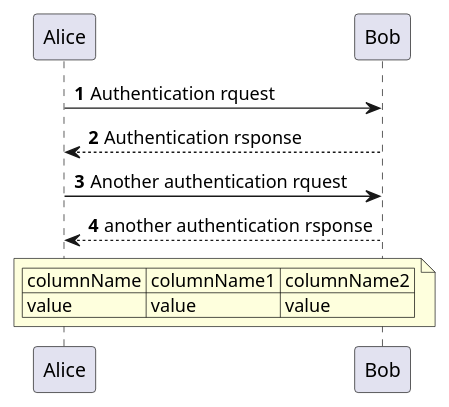
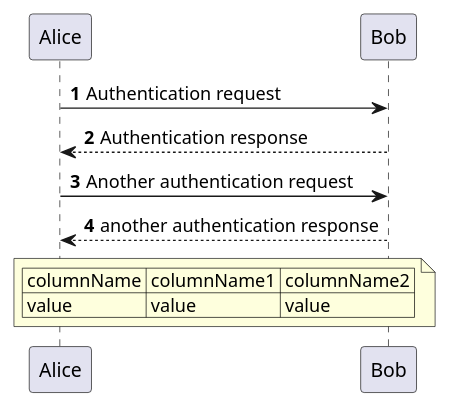
One commit to leraRadicovich/plantUML_Lib changed the diagram in SEQUENCE/LibraryDocumentation/examples/AsIs.puml. Above: the diagram before and after it, drawn with PlantUML. The commit also changed 7 other files, not shown here.

```diff
--- a/SEQUENCE/LibraryDocumentation/examples/AsIs.puml
+++ b/SEQUENCE/LibraryDocumentation/examples/AsIs.puml
@@ -1,11 +1,11 @@
 @startuml
 autonumber
-Alice -> Bob: Authentication rquest
-Bob --> Alice: Authentication rsponse
-Alice -> Bob: Another authentication rquest
-Alice <-- Bob: another authentication rsponse
+Alice -> Bob: Authentication request
+Bob --> Alice: Authentication response
+Alice -> Bob: Another authentication request
+Alice <-- Bob: another authentication response
 note across
 | columnName | columnName1 | columnName2 |
 | value | value | value |
 end note
 @enduml
```
